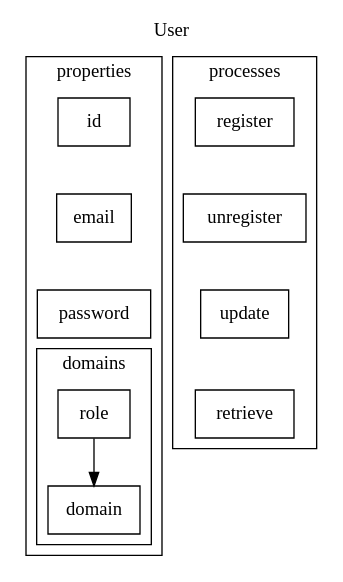
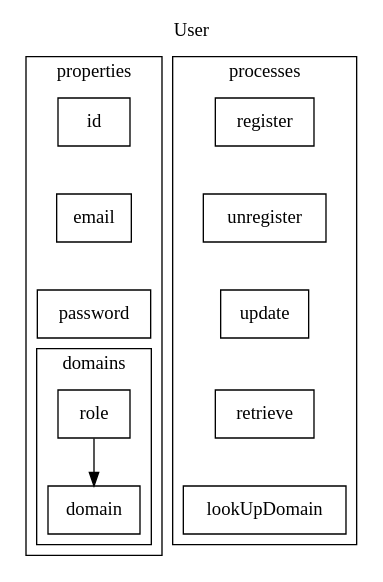
Before and after one commit to emerson-argueta/postgres-react-golang-template: the diagram in design/models/identity/user.dot, drawn with Graphviz.

Commit message:
added process for user model

```diff
--- a/design/models/identity/user.dot
+++ b/design/models/identity/user.dot
@@ -1,31 +1,33 @@
 digraph user{
     labelloc=t
     label="User"
     subgraph cluster_properties{
         label="properties"
         id[shape=rectangle]
         email[shape=rectangle]
         password[shape=rectangle]
         subgraph cluster_domains{
             label="domains"
             domain[shape=rectangle]
             role[shape=rectangle]
 
             role->domain
         }
 
         id->email->password->role[style=invis]
     }
     subgraph cluster_processes{
         label="processes"
         register[shape=rectangle]
         unregister[shape=rectangle]
         update[shape=rectangle]
         retrieve[shape=rectangle]
+        lookUpDomain[shape=rectangle]
 
         register->
         unregister->
         update->
-        retrieve[style=invis]
+        retrieve->
+        lookUpDomain[style=invis]
     }
 }
```
